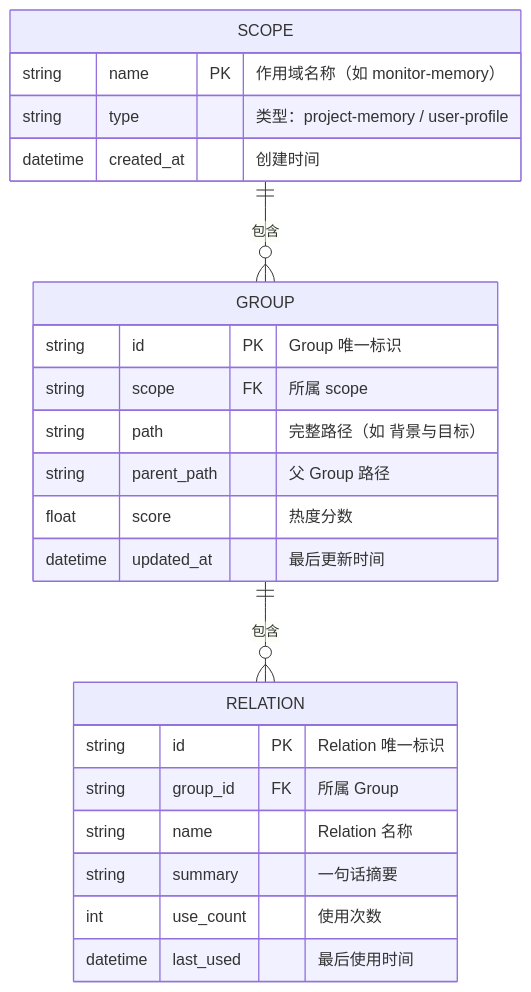
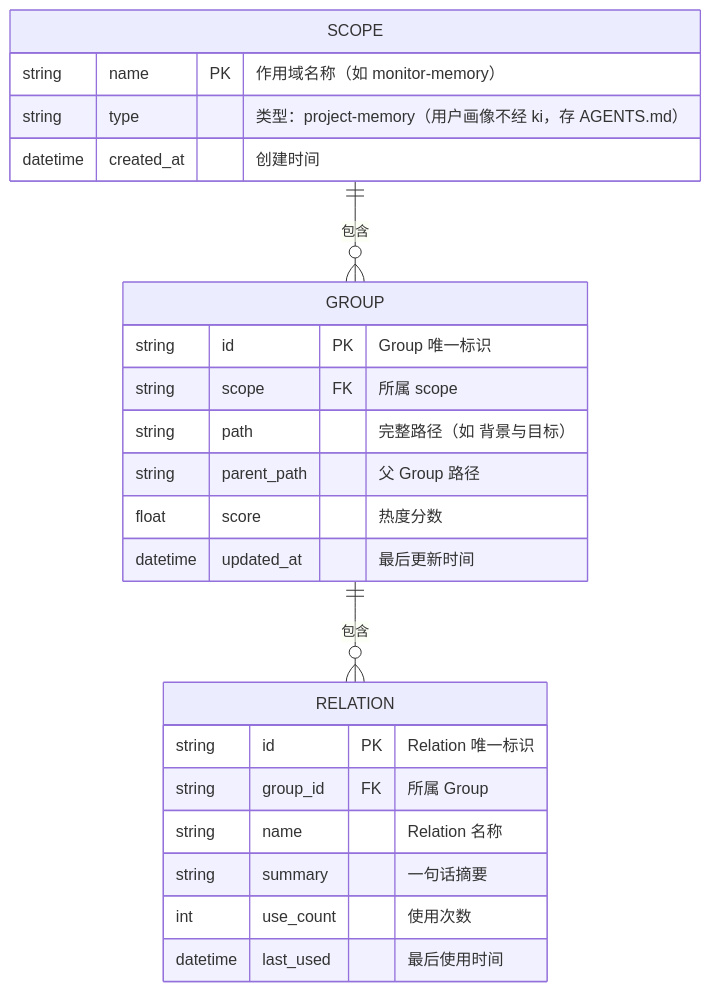
Before and after one commit to HACK-WU/kisearch: the first of 5 diagrams in docs/memory-system-dataflow.md, drawn with Mermaid. The commit also changed other lines of this file and 18 other files, not shown here.

````diff
--- a/docs/memory-system-dataflow.md
+++ b/docs/memory-system-dataflow.md
@@ -47,29 +48,29 @@
 ```mermaid
 erDiagram
     SCOPE ||--o{ GROUP : "包含"
     GROUP ||--o{ RELATION : "包含"
 
     SCOPE {
         string name PK "作用域名称（如 monitor-memory）"
-        string type "类型：project-memory / user-profile"
+        string type "类型：project-memory（用户画像不经 ki，存 AGENTS.md）"
         datetime created_at "创建时间"
     }
 
     GROUP {
         string id PK "Group 唯一标识"
         string scope FK "所属 scope"
         string path "完整路径（如 背景与目标）"
         string parent_path "父 Group 路径"
         float score "热度分数"
         datetime updated_at "最后更新时间"
     }
 
     RELATION {
         string id PK "Relation 唯一标识"
         string group_id FK "所属 Group"
         string name "Relation 名称"
         string summary "一句话摘要"
         int use_count "使用次数"
         datetime last_used "最后使用时间"
     }
 ```
````
